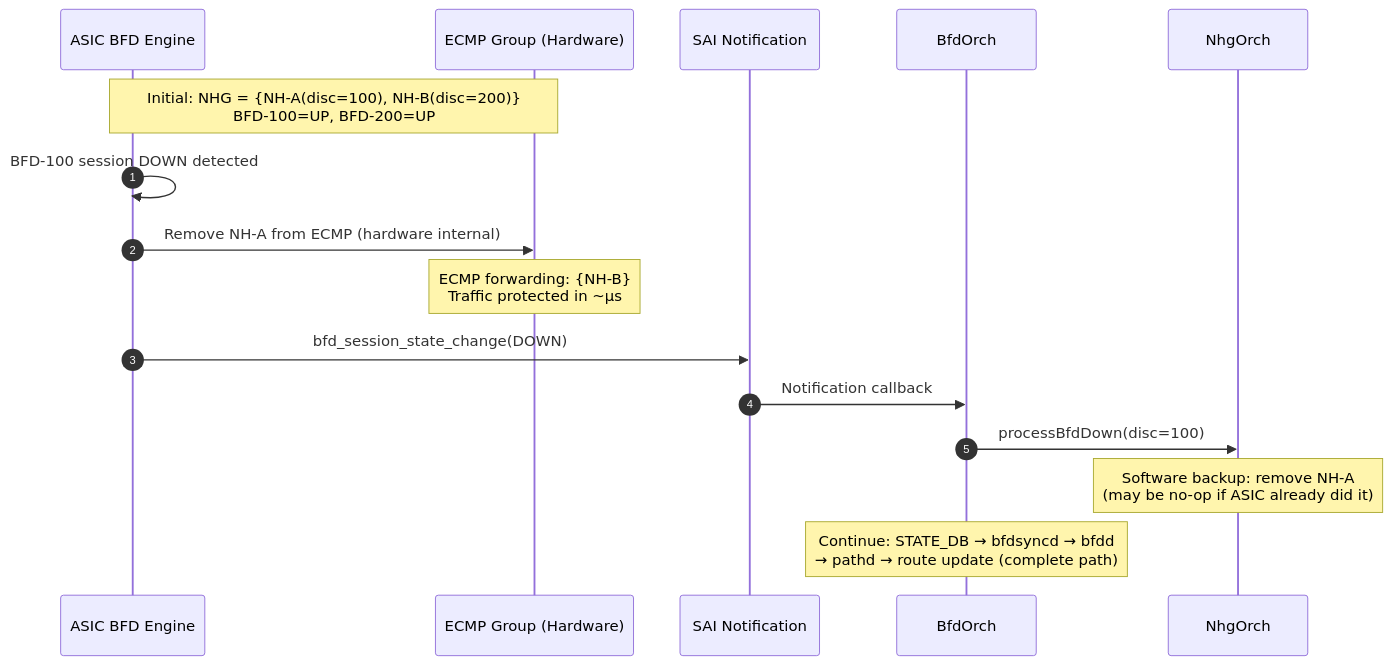
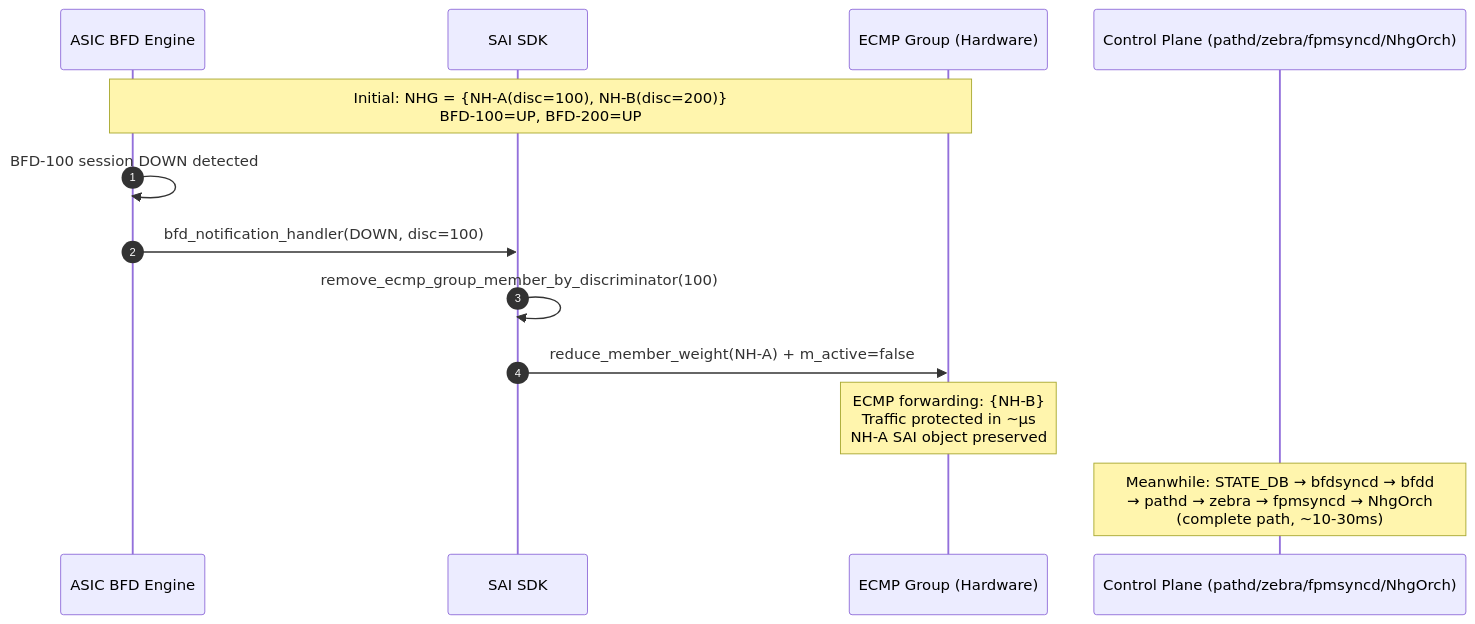
One commit to sonic-net/SONiC changed the second of 4 diagrams in doc/bfd/BFD_SAI_Triggered_NHG_Fast_Switchover_HLD.md. Above: the diagram before and after it, drawn with Mermaid. The commit also changed other lines of this file, not shown here.

First line of the commit message:
Remove fabricated BfdOrch->NhgOrch software backup path from HLD

````diff
--- a/doc/bfd/BFD_SAI_Triggered_NHG_Fast_Switchover_HLD.md
+++ b/doc/bfd/BFD_SAI_Triggered_NHG_Fast_Switchover_HLD.md
@@ -830,22 +791,18 @@
 ```mermaid
 sequenceDiagram
     autonumber
     participant ASIC as ASIC BFD Engine
+    participant SDK as SAI SDK
     participant NHG as ECMP Group (Hardware)
-    participant SAI as SAI Notification
-    participant BfdOrch as BfdOrch
-    participant NhgOrch as NhgOrch
+    participant CP as Control Plane (pathd/zebra/fpmsyncd/NhgOrch)
 
     Note over ASIC,NHG: Initial: NHG = {NH-A(disc=100), NH-B(disc=200)}<br/>BFD-100=UP, BFD-200=UP
 
     ASIC->>ASIC: BFD-100 session DOWN detected
-    ASIC->>NHG: Remove NH-A from ECMP (hardware internal)
-    Note over NHG: ECMP forwarding: {NH-B}<br/>Traffic protected in ~μs
+    ASIC->>SDK: bfd_notification_handler(DOWN, disc=100)
+    SDK->>SDK: remove_ecmp_group_member_by_discriminator(100)
+    SDK->>NHG: reduce_member_weight(NH-A) + m_active=false
+    Note over NHG: ECMP forwarding: {NH-B}<br/>Traffic protected in ~μs<br/>NH-A SAI object preserved
 
-    ASIC->>SAI: bfd_session_state_change(DOWN)
-    SAI->>BfdOrch: Notification callback
-    BfdOrch->>NhgOrch: processBfdDown(disc=100)
-    Note over NhgOrch: Software backup: remove NH-A<br/>(may be no-op if ASIC already did it)
-
-    Note over BfdOrch: Continue: STATE_DB → bfdsyncd → bfdd<br/>→ pathd → route update (complete path)
+    Note over CP: Meanwhile: STATE_DB → bfdsyncd → bfdd<br/>→ pathd → zebra → fpmsyncd → NhgOrch<br/>(complete path, ~10-30ms)
 ```
````
